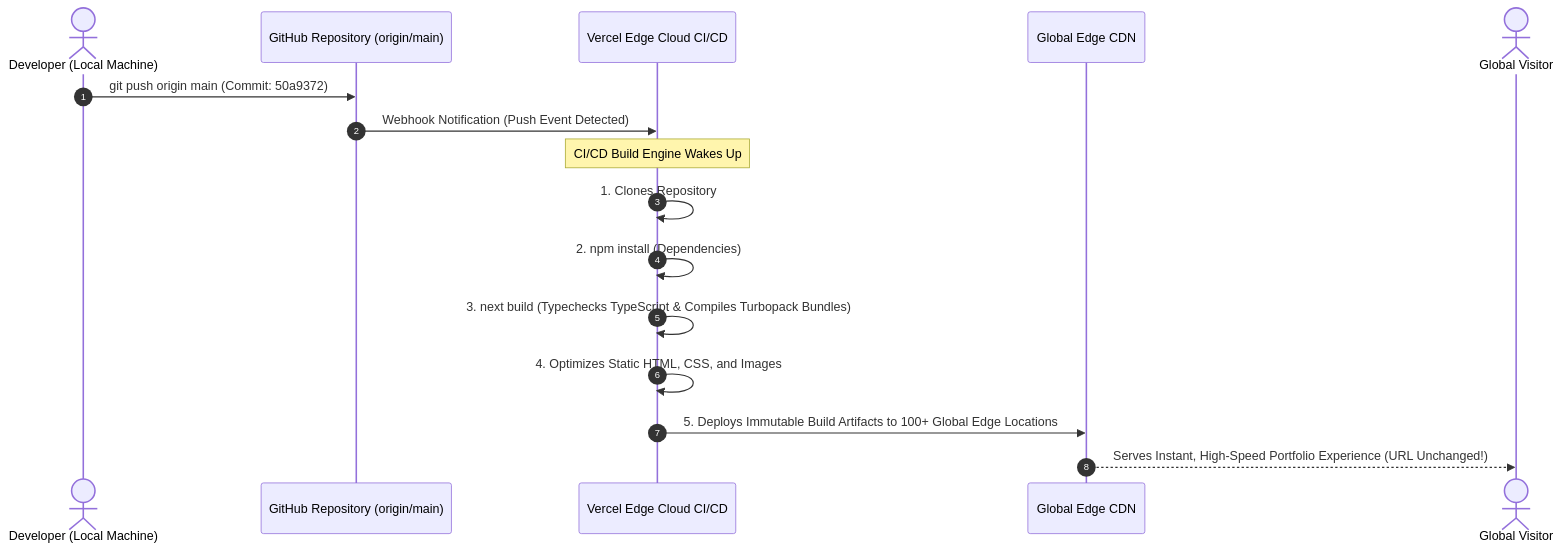
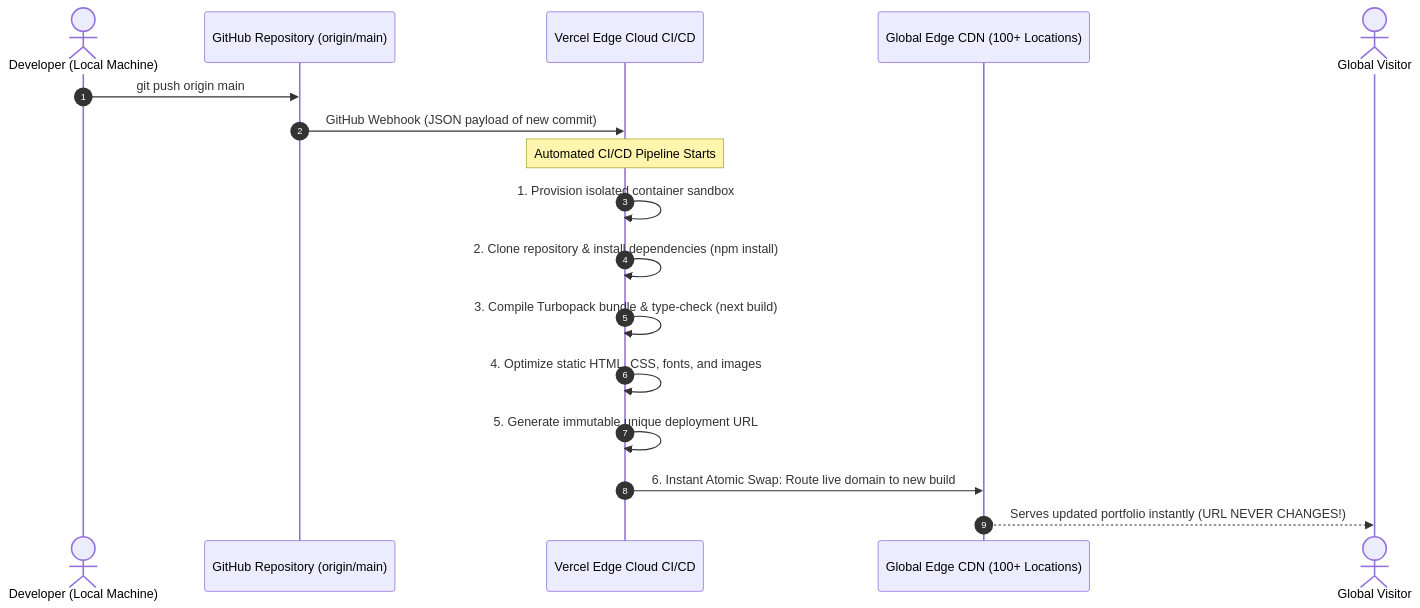
Before and after one commit to prudhvi05reddy/prudhvi-portfolio: the second of 2 diagrams in DOCUMENTATION.md, drawn with Mermaid. The commit also changed other lines of this file, not shown here.

Commit message:
Expand DOCUMENTATION.md with complete first-time deployment guide, Vercel CI/CD webhooks, and DevOps interview Q&As

````diff
--- a/DOCUMENTATION.md
+++ b/DOCUMENTATION.md
@@ -777,19 +816,20 @@
 ```mermaid
 sequenceDiagram
     autonumber
     actor Dev as Developer (Local Machine)
     participant Git as GitHub Repository (origin/main)
     participant Vercel as Vercel Edge Cloud CI/CD
-    participant Edge as Global Edge CDN
+    participant Edge as Global Edge CDN (100+ Locations)
     actor Visitor as Global Visitor
 
-    Dev->>Git: git push origin main (Commit: 50a9372)
-    Git->>Vercel: Webhook Notification (Push Event Detected)
-    Note over Vercel: CI/CD Build Engine Wakes Up
-    Vercel->>Vercel: 1. Clones Repository
-    Vercel->>Vercel: 2. npm install (Dependencies)
-    Vercel->>Vercel: 3. next build (Typechecks TypeScript & Compiles Turbopack Bundles)
-    Vercel->>Vercel: 4. Optimizes Static HTML, CSS, and Images
-    Vercel->>Edge: 5. Deploys Immutable Build Artifacts to 100+ Global Edge Locations
-    Edge-->>Visitor: Serves Instant, High-Speed Portfolio Experience (URL Unchanged!)
+    Dev->>Git: git push origin main
+    Git->>Vercel: GitHub Webhook (JSON payload of new commit)
+    Note over Vercel: Automated CI/CD Pipeline Starts
+    Vercel->>Vercel: 1. Provision isolated container sandbox
+    Vercel->>Vercel: 2. Clone repository & install dependencies (npm install)
+    Vercel->>Vercel: 3. Compile Turbopack bundle & type-check (next build)
+    Vercel->>Vercel: 4. Optimize static HTML, CSS, fonts, and images
+    Vercel->>Vercel: 5. Generate immutable unique deployment URL
+    Vercel->>Edge: 6. Instant Atomic Swap: Route live domain to new build
+    Edge-->>Visitor: Serves updated portfolio instantly (URL NEVER CHANGES!)
 ```
````
